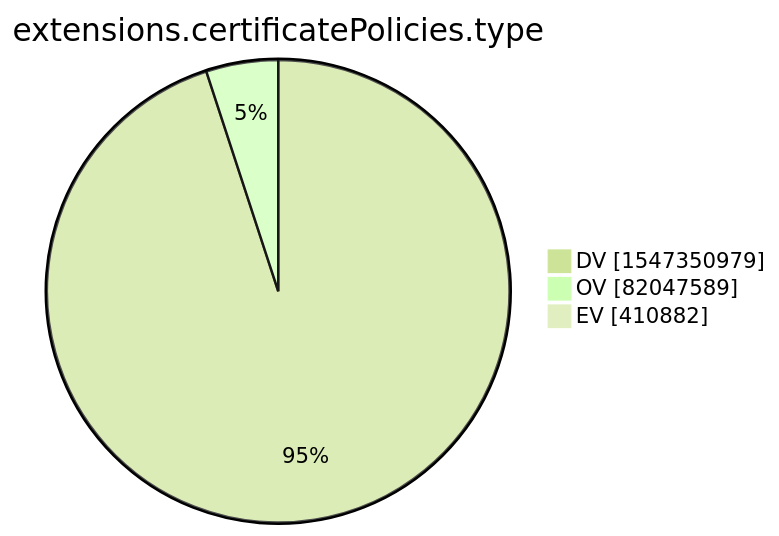
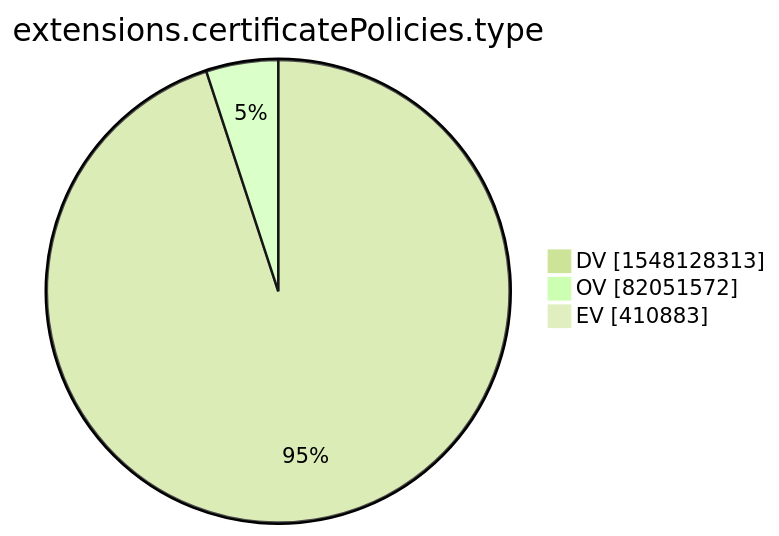
The tenth of 15 diagrams in xenon2022/README.md (christiankrug/ctmonitor_visualization), drawn with Mermaid (forest theme) before and after one commit. The commit also changed other lines of this file, not shown here.

````diff
--- a/xenon2022/README.md
+++ b/xenon2022/README.md
@@ -2876,7 +2876,7 @@
 ```mermaid
 pie showData
 title extensions.certificatePolicies.type
-"DV" :1547350979
-"OV" :82047589
-"EV" :410882
+"DV" :1548128313
+"OV" :82051572
+"EV" :410883
 ```
````
